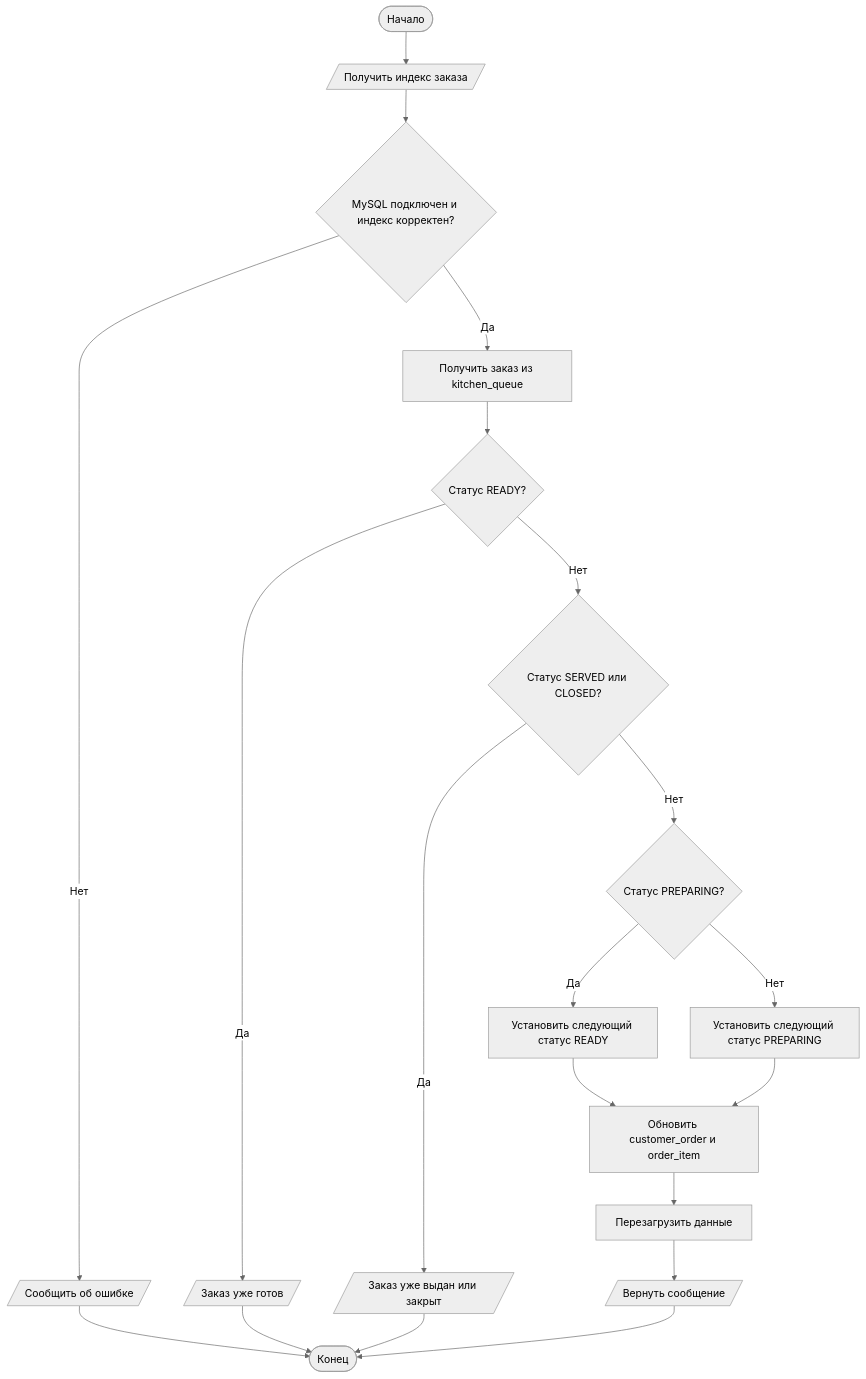
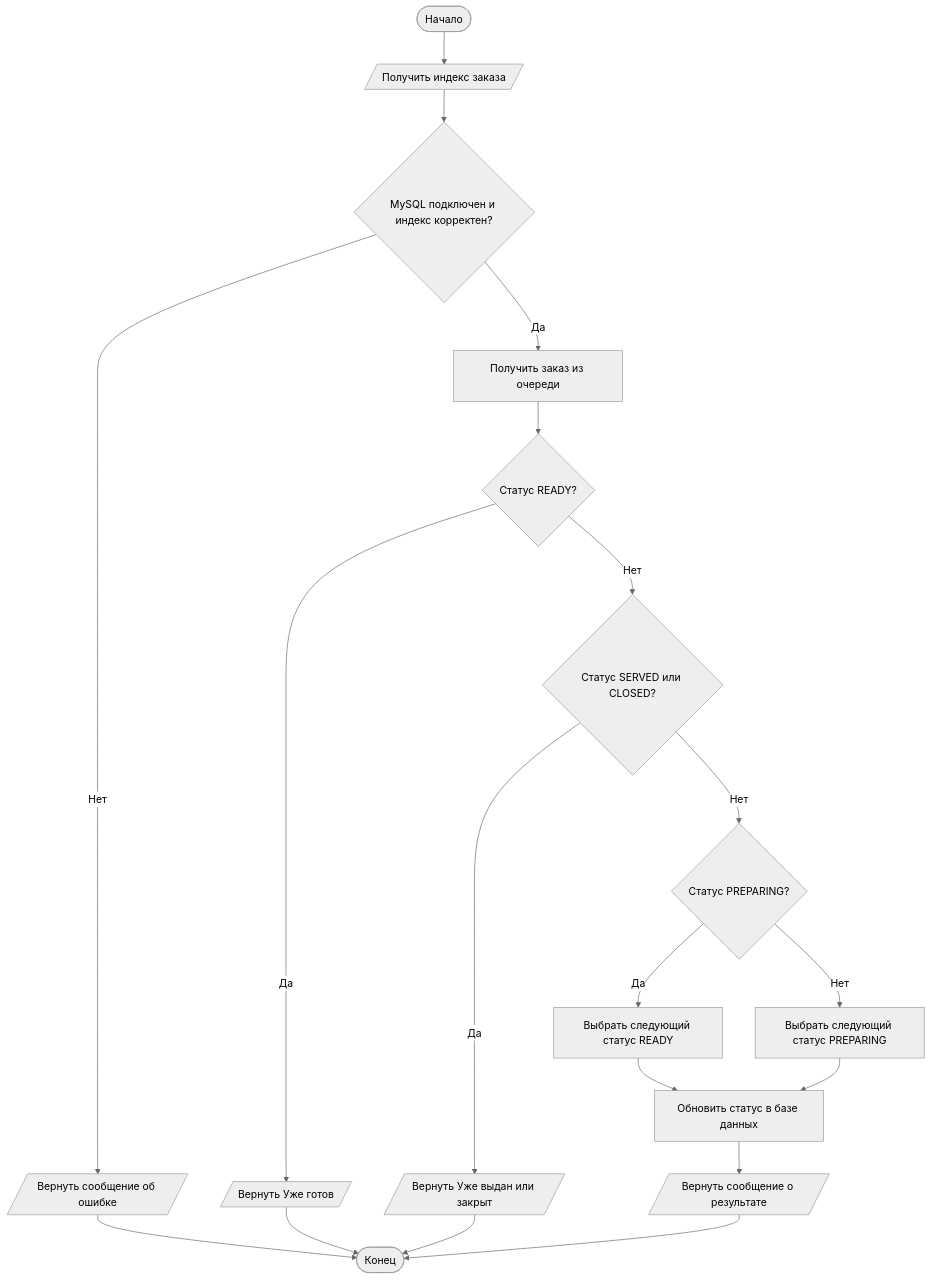
Before and after one commit to jakepz12/GastroSoft-course-work-: the sixth of 6 diagrams in docs/kitchen_functions.md, drawn with Mermaid (neutral theme). The commit also changed other lines of this file and 2 other files, not shown here.

Commit message:
update(docs): describe kitchen module functions

````diff
--- a/docs/kitchen_functions.md
+++ b/docs/kitchen_functions.md
@@ -271,22 +352,21 @@
 ```mermaid
 flowchart TD
     A([Начало]) --> B[/Получить индекс заказа/]
     B --> C{MySQL подключен и индекс корректен?}
-    C -- Нет --> D[/Сообщить об ошибке/]
-    C -- Да --> E[Получить заказ из kitchen_queue]
+    C -- Нет --> D[/Вернуть сообщение об ошибке/]
+    C -- Да --> E[Получить заказ из очереди]
     E --> F{Статус READY?}
-    F -- Да --> G[/Заказ уже готов/]
+    F -- Да --> G[/Вернуть Уже готов/]
     F -- Нет --> H{Статус SERVED или CLOSED?}
-    H -- Да --> I[/Заказ уже выдан или закрыт/]
+    H -- Да --> I[/Вернуть Уже выдан или закрыт/]
     H -- Нет --> J{Статус PREPARING?}
-    J -- Да --> K[Установить следующий статус READY]
-    J -- Нет --> L[Установить следующий статус PREPARING]
-    K --> M[Обновить customer_order и order_item]
+    J -- Да --> K[Выбрать следующий статус READY]
+    J -- Нет --> L[Выбрать следующий статус PREPARING]
+    K --> M[Обновить статус в базе данных]
     L --> M
-    M --> N[Перезагрузить данные]
-    N --> O[/Вернуть сообщение/]
-    D --> P([Конец])
-    G --> P
-    I --> P
-    O --> P
+    M --> N[/Вернуть сообщение о результате/]
+    D --> O([Конец])
+    G --> O
+    I --> O
+    N --> O
 ```
````
